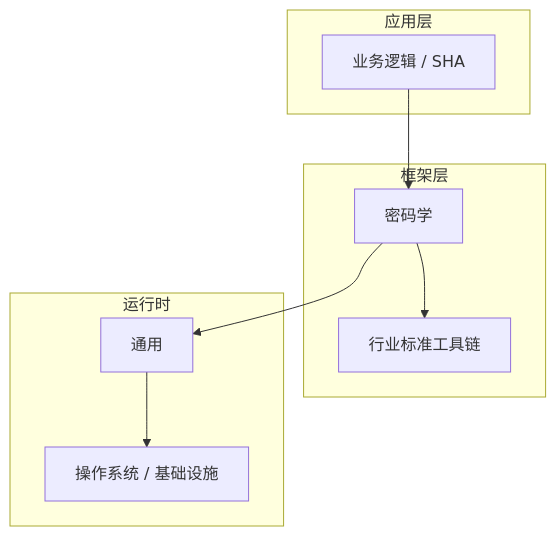
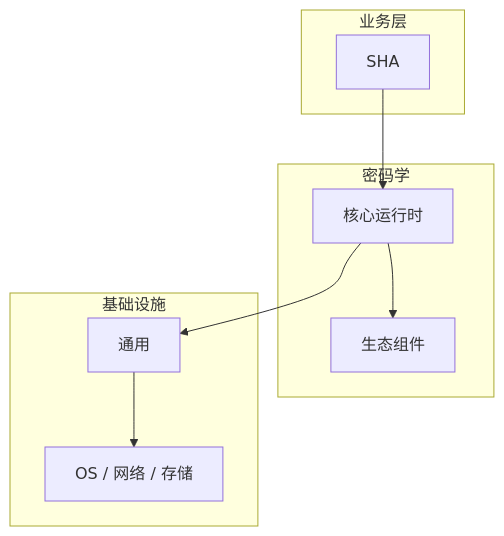
The diagram in articles/密码学/chapters/046-SHA核心概念与原理.md (yanggan2015/knowledge-json-v2), drawn with Mermaid before and after one commit. The commit also changed other lines of this file and 10127 other files, not shown here.

````diff
--- a/articles/密码学/chapters/046-SHA核心概念与原理.md
+++ b/articles/密码学/chapters/046-SHA核心概念与原理.md
@@ -46,18 +31,18 @@
 ```mermaid
 graph TB
-    subgraph 应用层
-        A[业务逻辑 / SHA]
+    subgraph 业务层
+        A[SHA]
     end
-    subgraph 框架层
-        B[密码学]
-        C[行业标准工具链]
+    subgraph 密码学
+        B[核心运行时]
+        C[生态组件]
     end
-    subgraph 运行时
+    subgraph 基础设施
         D[通用]
-        E[操作系统 / 基础设施]
+        E[OS / 网络 / 存储]
     end
     A --> B
     B --> C
     B --> D
     D --> E
 ```
````
